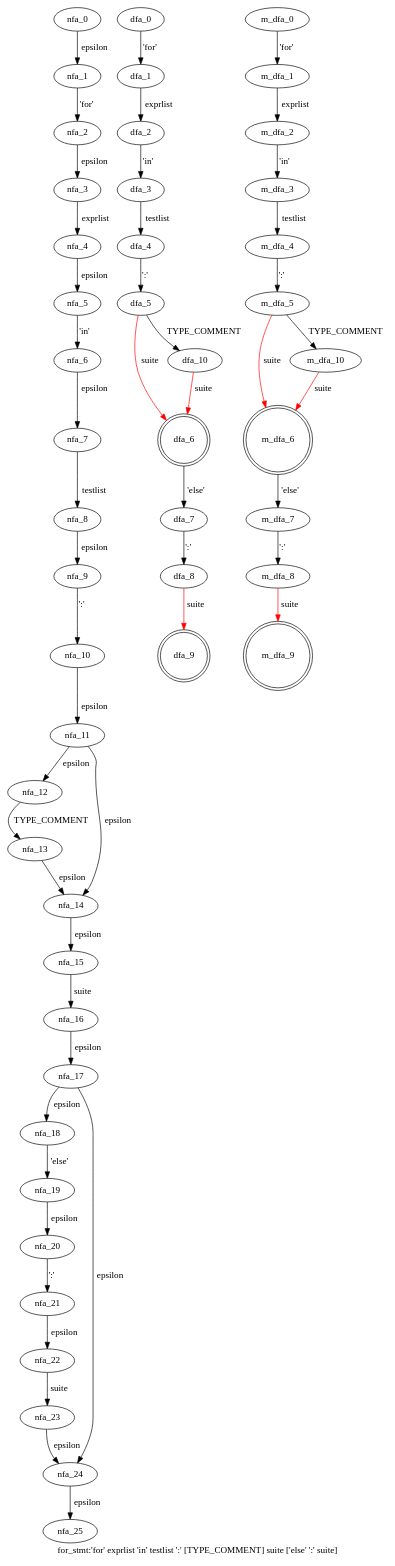
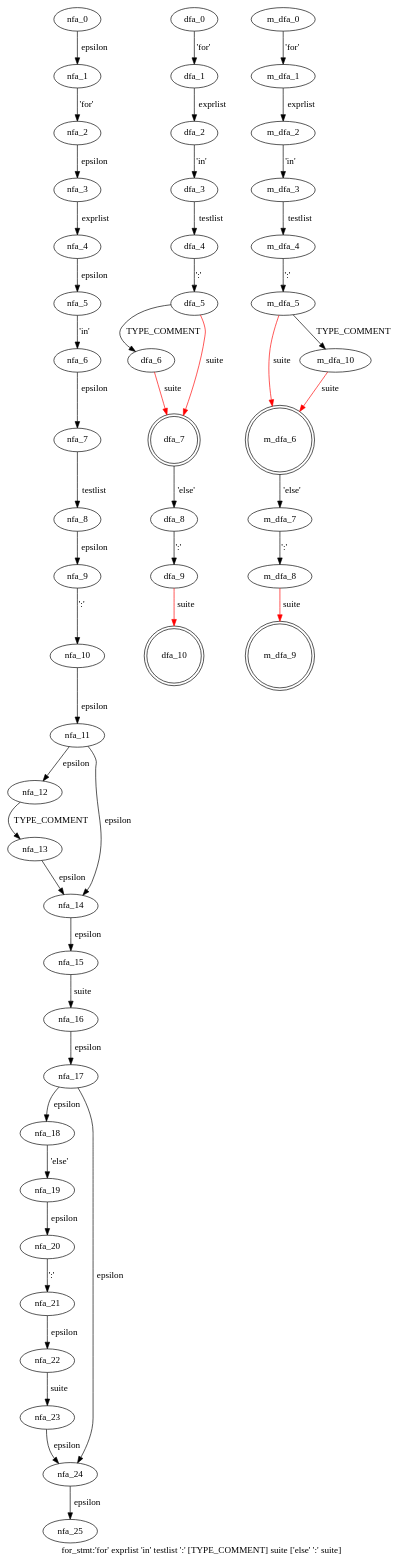
One commit to WinChua/blog changed the diagram in cpython/grammar/handwrite/nfa_dfas/43.for_stmt.dot. Above: the diagram before and after it, drawn with Graphviz. The commit also changed 47 other files, not shown here.

```diff
--- a/cpython/grammar/handwrite/nfa_dfas/43.for_stmt.dot
+++ b/cpython/grammar/handwrite/nfa_dfas/43.for_stmt.dot
@@ -1,62 +1,62 @@
 digraph for_stmt {
  graph[label="for_stmt:'for' exprlist 'in' testlist ':' [TYPE_COMMENT] suite ['else' ':' suite]"]
  subgraph for_stmt_nfa {
   nfa_0->nfa_1[label="epsilon"]
   nfa_1->nfa_2[label="'for'"]
   nfa_2->nfa_3[label="epsilon"]
   nfa_3->nfa_4[label="exprlist"]
   nfa_4->nfa_5[label="epsilon"]
   nfa_5->nfa_6[label="'in'"]
   nfa_6->nfa_7[label="epsilon"]
   nfa_7->nfa_8[label="testlist"]
   nfa_8->nfa_9[label="epsilon"]
   nfa_9->nfa_10[label="':'"]
   nfa_10->nfa_11[label="epsilon"]
   nfa_11->nfa_12[label="epsilon"]
   nfa_12->nfa_13[label="TYPE_COMMENT"]
   nfa_13->nfa_14[label="epsilon"]
   nfa_14->nfa_15[label="epsilon"]
   nfa_15->nfa_16[label="suite"]
   nfa_16->nfa_17[label="epsilon"]
   nfa_17->nfa_18[label="epsilon"]
   nfa_18->nfa_19[label="'else'"]
   nfa_19->nfa_20[label="epsilon"]
   nfa_20->nfa_21[label="':'"]
   nfa_21->nfa_22[label="epsilon"]
   nfa_22->nfa_23[label="suite"]
   nfa_23->nfa_24[label="epsilon"]
   nfa_24->nfa_25[label="epsilon"]
   nfa_17->nfa_24[label="epsilon"]
   nfa_11->nfa_14[label="epsilon"]
   }
  subgraph for_stmt_dfa {
   dfa_0->dfa_1[label="'for'"]
   dfa_1->dfa_2[label="exprlist"]
   dfa_2->dfa_3[label="'in'"]
   dfa_3->dfa_4[label="testlist"]
   dfa_4->dfa_5[label="':'"]
-  dfa_5->dfa_6[label="suite",color=red]
-  dfa_6->dfa_7[label="'else'"]
-  dfa_7->dfa_8[label="':'"]
-  dfa_8->dfa_9[label="suite",color=red]
-  dfa_5->dfa_10[label="TYPE_COMMENT"]
-  dfa_10->dfa_6[label="suite",color=red]
-  dfa_9[shape=doublecircle]
-  dfa_6[shape=doublecircle]
+  dfa_5->dfa_6[label="TYPE_COMMENT"]
+  dfa_6->dfa_7[label="suite",color=red]
+  dfa_7->dfa_8[label="'else'"]
+  dfa_8->dfa_9[label="':'"]
+  dfa_9->dfa_10[label="suite",color=red]
+  dfa_5->dfa_7[label="suite",color=red]
+  dfa_10[shape=doublecircle]
+  dfa_7[shape=doublecircle]
   }
  subgraph for_stmt_m_dfa {
   m_dfa_0->m_dfa_1[label="'for'"]
   m_dfa_1->m_dfa_2[label="exprlist"]
   m_dfa_2->m_dfa_3[label="'in'"]
   m_dfa_3->m_dfa_4[label="testlist"]
   m_dfa_4->m_dfa_5[label="':'"]
   m_dfa_5->m_dfa_6[label="suite",color=red]
   m_dfa_6->m_dfa_7[label="'else'"]
   m_dfa_7->m_dfa_8[label="':'"]
   m_dfa_8->m_dfa_9[label="suite",color=red]
   m_dfa_5->m_dfa_10[label="TYPE_COMMENT"]
   m_dfa_10->m_dfa_6[label="suite",color=red]
   m_dfa_9[shape=doublecircle]
   m_dfa_6[shape=doublecircle]
   }
 }
```
